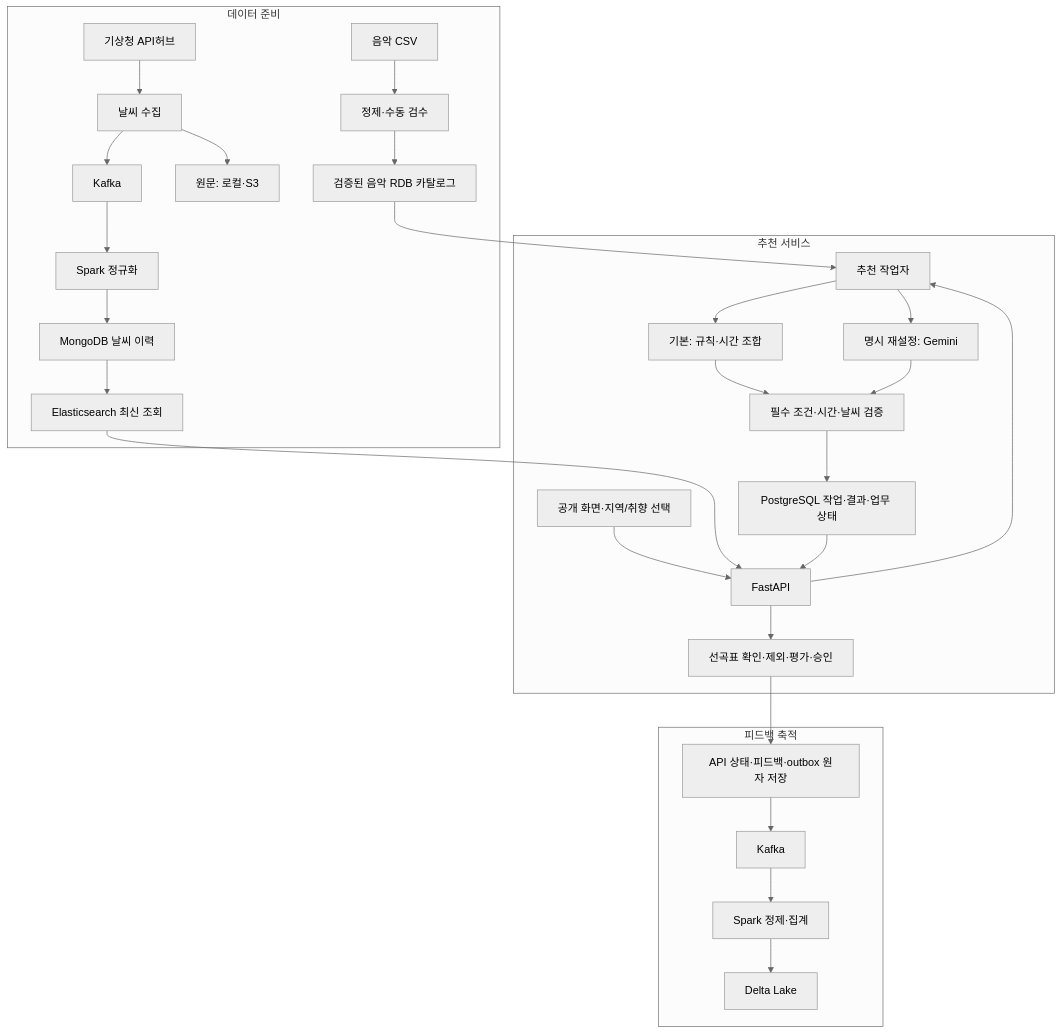
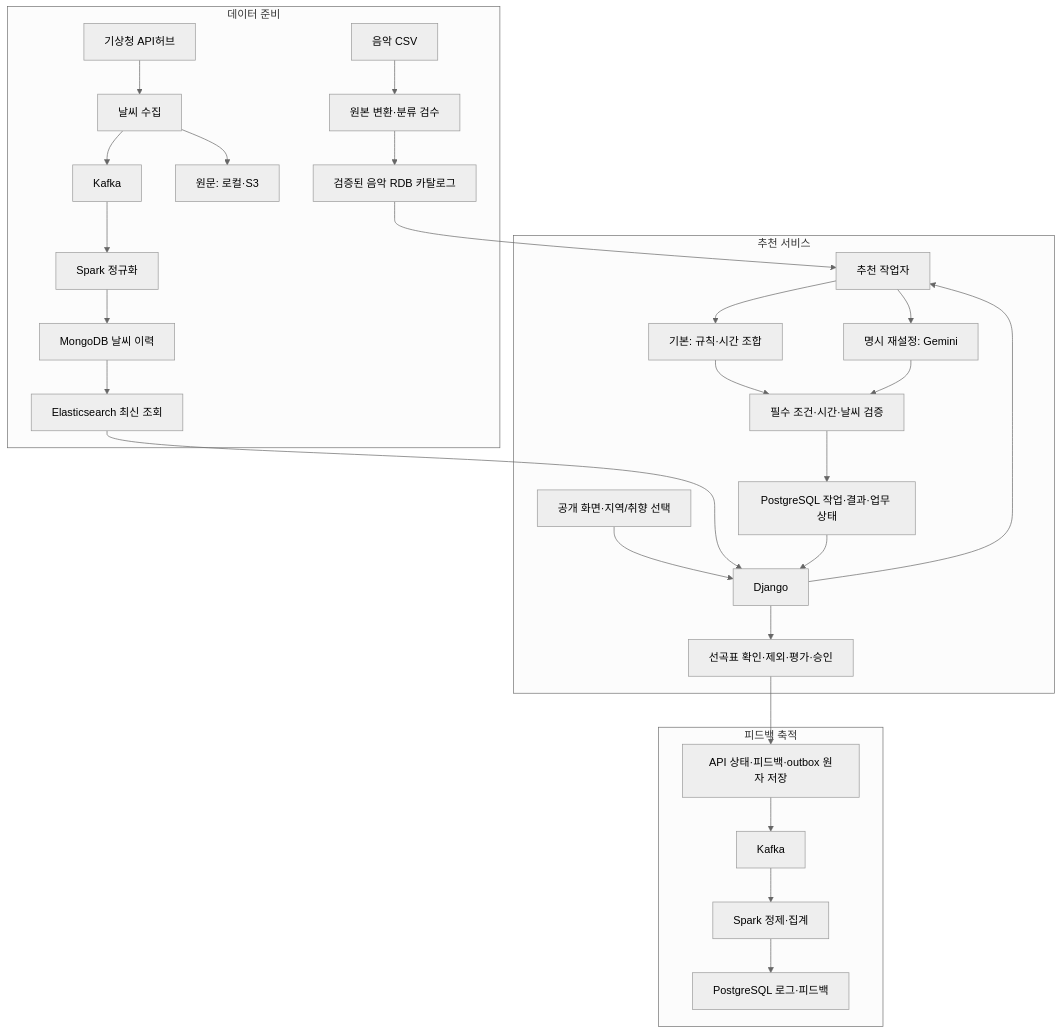
The diagram in README.md (encore-ai-campus/mlo-01-p3-team1), drawn with Mermaid (neutral theme) before and after one commit. The commit also changed other lines of this file and 79 other files, not shown here.

````diff
--- a/README.md
+++ b/README.md
@@ -54,32 +64,32 @@
 ```mermaid
 flowchart TB
     subgraph DATA[데이터 준비]
-        CSV[음악 CSV] --> REVIEW[정제·수동 검수]
+        CSV[음악 CSV] --> REVIEW[원본 변환·분류 검수]
         REVIEW --> MUSIC[검증된 음악 RDB 카탈로그]
         KMA[기상청 API허브] --> COLLECT[날씨 수집]
         COLLECT --> RAW[원문: 로컬·S3]
         COLLECT --> WK[Kafka]
         WK --> WS[Spark 정규화]
         WS --> MONGO[MongoDB 날씨 이력]
         MONGO --> ES[Elasticsearch 최신 조회]
     end
     subgraph SERVICE[추천 서비스]
-        WEB[공개 화면·지역/취향 선택] --> API[FastAPI]
+        WEB[공개 화면·지역/취향 선택] --> API[Django]
         ES --> API
         API --> WORKER[추천 작업자]
         MUSIC --> WORKER
         WORKER --> RULE[기본: 규칙·시간 조합]
         WORKER --> GEMINI[명시 재설정: Gemini]
         RULE --> CHECK[필수 조건·시간·날씨 검증]
         GEMINI --> CHECK
         CHECK --> DB[PostgreSQL 작업·결과·업무 상태]
         DB --> API
         API --> RESULT[선곡표 확인·제외·평가·승인]
     end
     subgraph FEEDBACK[피드백 축적]
         RESULT --> SAVE[API 상태·피드백·outbox 원자 저장]
         SAVE --> FK[Kafka]
         FK --> FS[Spark 정제·집계]
-        FS --> DELTA[Delta Lake]
+        FS --> LOGDB[PostgreSQL 로그·피드백]
     end
 ```
````
